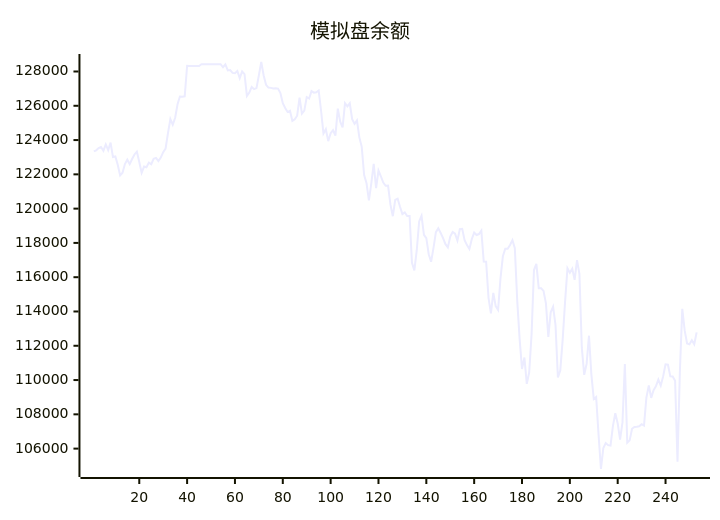
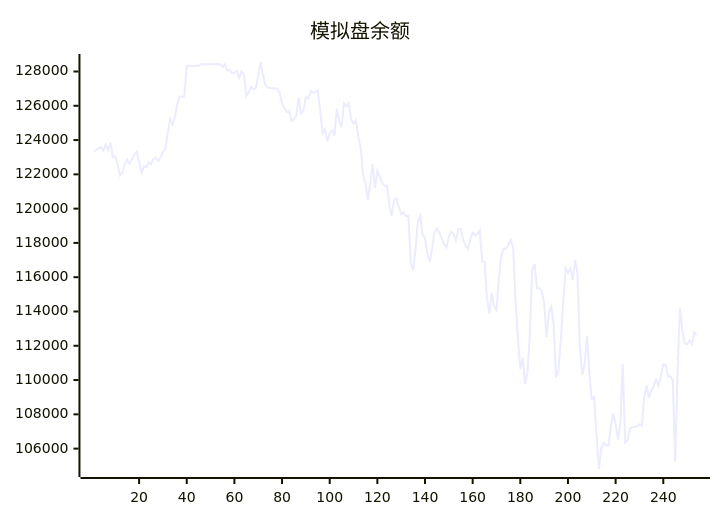
One commit to aahl/ai-trading changed the diagram in README.md. Above: the diagram before and after it, drawn with Mermaid. The commit also changed other lines of this file and 1 other file, not shown here.

````diff
--- a/README.md
+++ b/README.md
@@ -5,5 +5,5 @@
 ```mermaid
 xychart
     title "模拟盘余额"
-    line [123338,123402,123530,123592,123378,123745,123413,123853,123009,123040,122557,121938,122095,122599,122856,122597,122898,123160,123319,122719,122087,122454,122416,122685,122592,122907,122961,122776,122981,123295,123507,124403,125224,124894,125303,126088,126544,126534,126549,128335,128318,128318,128318,128318,128318,128424,128424,128424,128424,128424,128424,128424,128424,128424,128247,128412,128062,128087,127917,127901,128026,127611,128000,127850,126572,126770,127100,126971,127029,127783,128554,127765,127224,127064,127044,127009,127025,127004,126738,126152,125871,125635,125707,125117,125217,125420,126480,125545,125715,126511,126424,126856,126764,126788,126890,125710,124381,124632,123936,124402,124574,124256,125833,125070,124739,126154,125966,126145,125213,124943,125143,124157,123604,121959,121476,120476,121470,122610,121201,122221,121889,121522,121332,121344,120232,119559,120513,120577,120108,119680,119777,119572,119568,116839,116392,117573,119250,119585,118469,118277,117338,116897,117706,118628,118849,118579,118280,117926,117735,118373,118639,118544,118136,118798,118819,118162,117874,117649,118215,118601,118463,118517,118713,116911,116899,114798,113887,115084,114313,114091,115934,117221,117658,117658,117883,118164,117693,114632,112403,110644,111313,109777,110444,112673,116419,116772,115355,115355,115198,114476,112510,113954,114276,113223,110151,110561,112361,114562,116522,116265,116500,115845,117000,116199,111887,110306,110942,112588,110318,108891,109011,106814,104811,106038,106327,106201,106180,107315,108068,107463,106528,107530,110941,106346,106482,107161,107268,107270,107302,107426,107340,108985,109681,108962,109404,109645,110030,109680,110214,110918,110897,110215,110212,109962,105235,110525,114151,112895,112137,112083,112329,112094,112784]
+    line [123338,123402,123530,123592,123378,123745,123413,123853,123009,123040,122557,121938,122095,122599,122856,122597,122898,123160,123319,122719,122087,122454,122416,122685,122592,122907,122961,122776,122981,123295,123507,124403,125224,124894,125303,126088,126544,126534,126549,128335,128318,128318,128318,128318,128318,128424,128424,128424,128424,128424,128424,128424,128424,128424,128247,128412,128062,128087,127917,127901,128026,127611,128000,127850,126572,126770,127100,126971,127029,127783,128554,127765,127224,127064,127044,127009,127025,127004,126738,126152,125871,125635,125707,125117,125217,125420,126480,125545,125715,126511,126424,126856,126764,126788,126890,125710,124381,124632,123936,124402,124574,124256,125833,125070,124739,126154,125966,126145,125213,124943,125143,124157,123604,121959,121476,120476,121470,122610,121201,122221,121889,121522,121332,121344,120232,119559,120513,120577,120108,119680,119777,119572,119568,116839,116392,117573,119250,119585,118469,118277,117338,116897,117706,118628,118849,118579,118280,117926,117735,118373,118639,118544,118136,118798,118819,118162,117874,117649,118215,118601,118463,118517,118713,116911,116899,114798,113887,115084,114313,114091,115934,117221,117658,117658,117883,118164,117693,114632,112403,110644,111313,109777,110444,112673,116419,116772,115355,115355,115198,114476,112510,113954,114276,113223,110151,110561,112361,114562,116522,116265,116500,115845,117000,116199,111887,110306,110942,112588,110318,108891,109011,106814,104811,106038,106327,106201,106180,107315,108068,107463,106528,107530,110941,106346,106482,107161,107268,107270,107302,107426,107340,108985,109681,108962,109404,109645,110030,109680,110214,110918,110897,110215,110212,109962,105235,110525,114151,112895,112137,112083,112329,112094,112784,112613]
 ```
````
